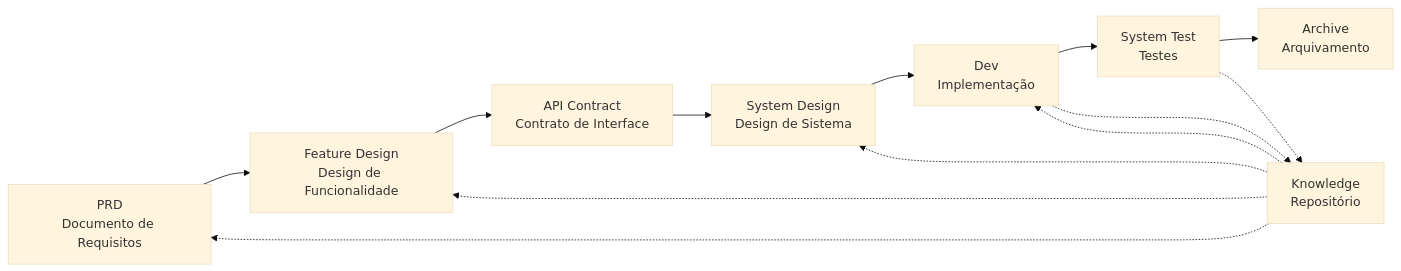
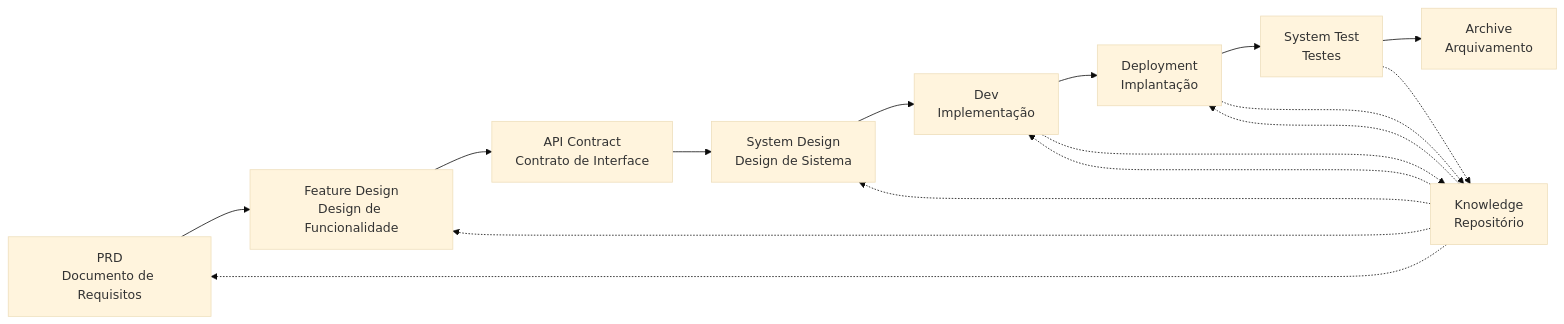
One commit to charlesmu99/speccrew changed the diagram in README.pt-BR.md. Above: the diagram before and after it, drawn with Mermaid (base theme). The commit also changed other lines of this file and 35 other files, not shown here.

````diff
--- a/README.pt-BR.md
+++ b/README.pt-BR.md
@@ -166,17 +166,20 @@
 ```mermaid
 graph LR
     A[PRD<br/>Documento de Requisitos] --> B[Feature Design<br/>Design de Funcionalidade]
     B --> C[API Contract<br/>Contrato de Interface]
     C --> D[System Design<br/>Design de Sistema]
     D --> E[Dev<br/>Implementação]
-    E --> F[System Test<br/>Testes]
-    F --> G[Archive<br/>Arquivamento]
+    E --> F[Deployment<br/>Implantação]
+    F --> G[System Test<br/>Testes]
+    G --> H[Archive<br/>Arquivamento]
     
-    H[Knowledge<br/>Repositório] -.-> A
-    H -.-> B
-    H -.-> D
-    H -.-> E
+    I[Knowledge<br/>Repositório] -.-> A
+    I -.-> B
+    I -.-> D
+    I -.-> E
+    I -.-> F
     
-    E -.-> H
-    F -.-> H
+    E -.-> I
+    F -.-> I
+    G -.-> I
 ```
````
